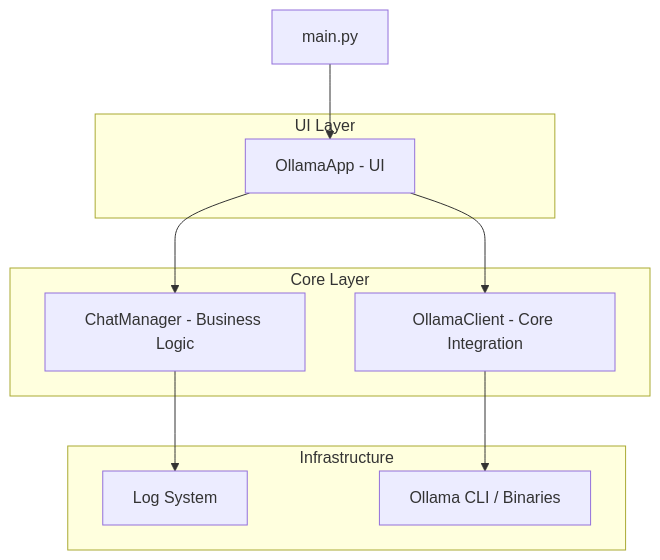
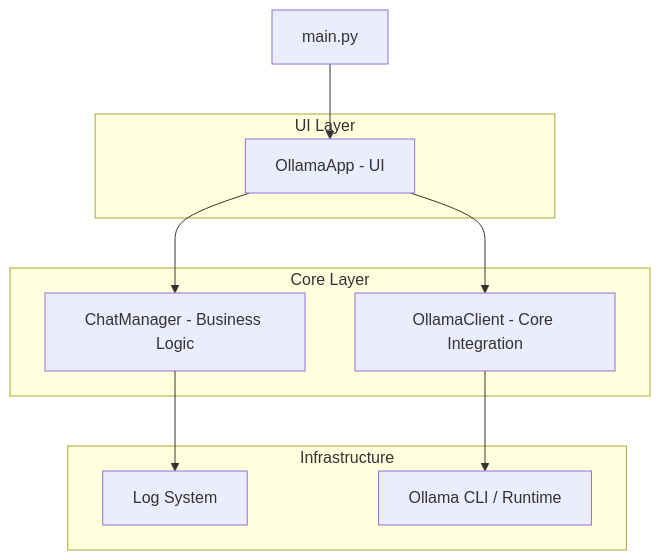
The diagram in README.md (Isllanrx/local-llm-lab), drawn with Mermaid before and after one commit. The commit also changed other lines of this file, not shown here.

````diff
--- a/README.md
+++ b/README.md
@@ -9,22 +19,22 @@
 ```mermaid
 graph TD
     A[main.py] --> B[OllamaApp - UI]
     B --> C[ChatManager - Business Logic]
     B --> D[OllamaClient - Core Integration]
     C --> E[Log System]
-    D --> F[Ollama CLI / Binaries]
-    
-    subgraph UI Layer
+    D --> F[Ollama CLI / Runtime]
+
+    subgraph UI_Layer [UI Layer]
         B
     end
-    
-    subgraph Core Layer
+
+    subgraph Core_Layer [Core Layer]
         C
         D
     end
-    
-    subgraph Infrastructure
+
+    subgraph Infrastructure_Layer [Infrastructure]
         E
         F
     end
 ```
````
